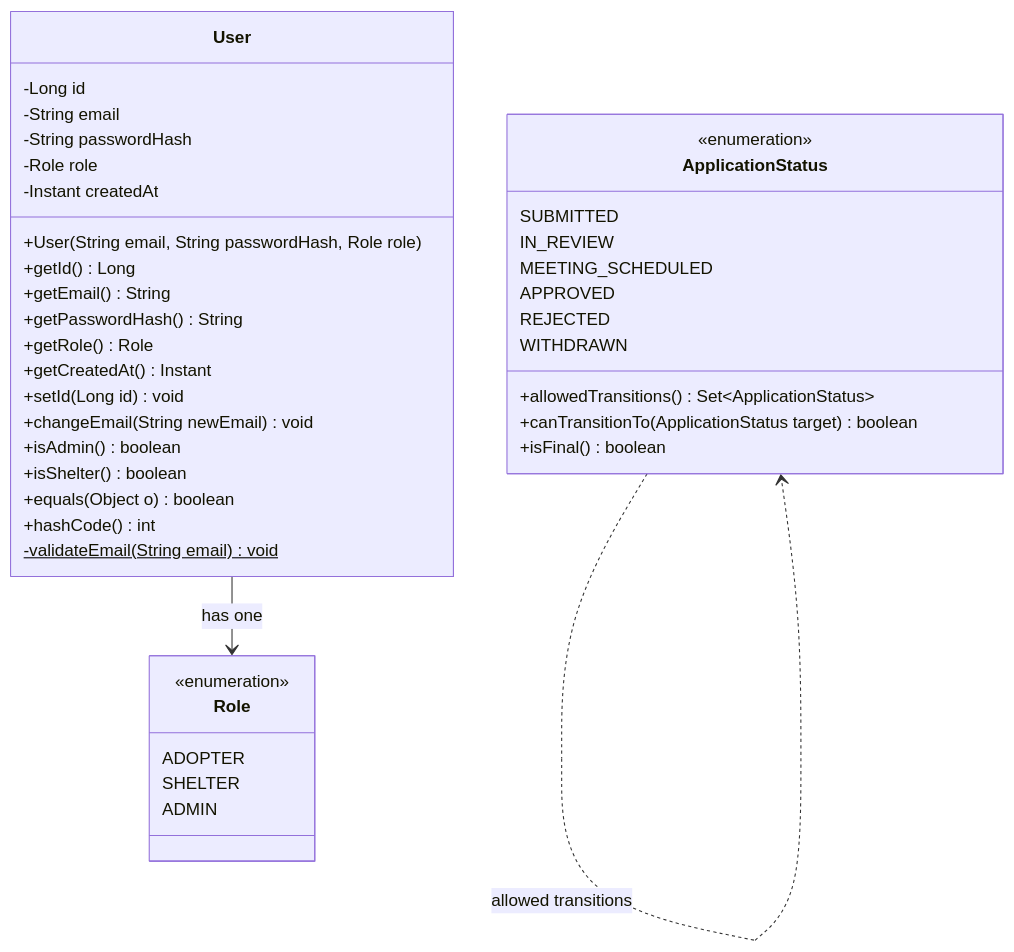
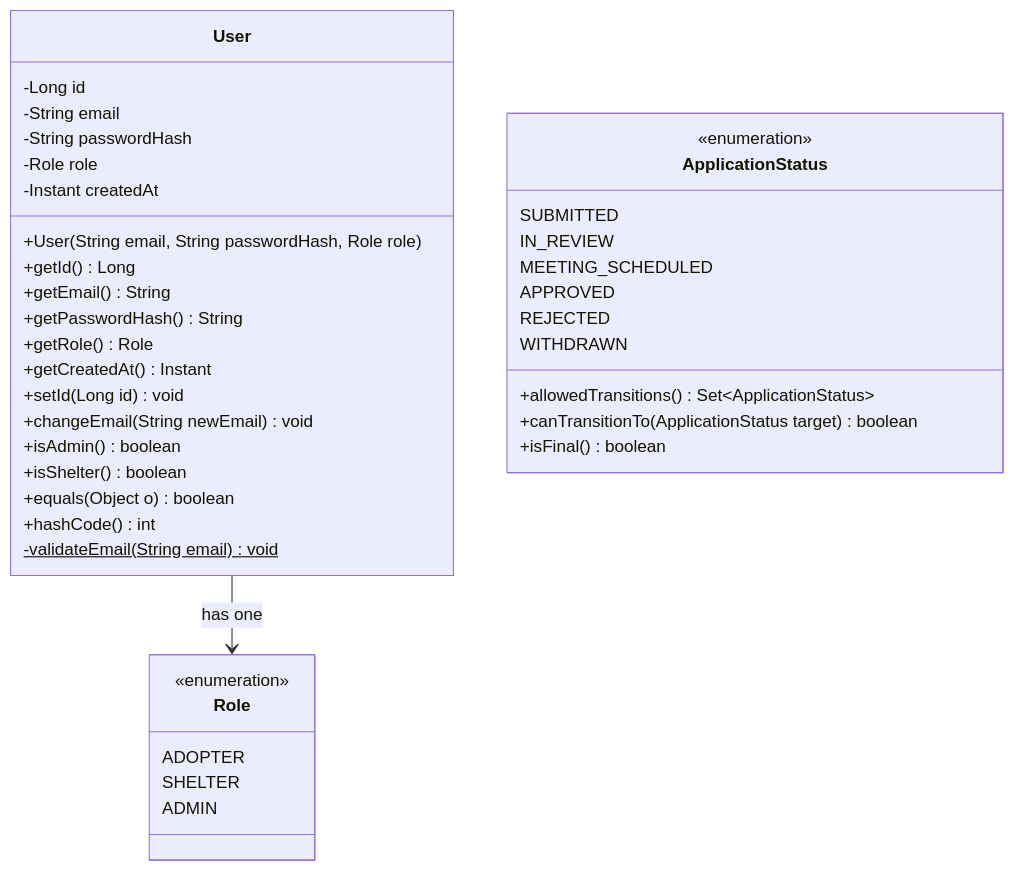
The first of 4 diagrams in docs/uml.md (Douda2209/adopt-a-pet), drawn with Mermaid before and after one commit. The commit also changed other lines of this file, not shown here.

Commit message:
update uml diagram

````diff
--- a/docs/uml.md
+++ b/docs/uml.md
@@ -15,46 +15,45 @@
 ```mermaid
 classDiagram
     class User {
         -Long id
         -String email
         -String passwordHash
         -Role role
         -Instant createdAt
         +User(String email, String passwordHash, Role role)
         +getId() Long
         +getEmail() String
         +getPasswordHash() String
         +getRole() Role
         +getCreatedAt() Instant
         +setId(Long id) void
         +changeEmail(String newEmail) void
         +isAdmin() boolean
         +isShelter() boolean
         +equals(Object o) boolean
         +hashCode() int
         -validateEmail(String email)$ void
     }
 
     class Role {
         <<enumeration>>
         ADOPTER
         SHELTER
         ADMIN
     }
 
     class ApplicationStatus {
         <<enumeration>>
         SUBMITTED
         IN_REVIEW
         MEETING_SCHEDULED
         APPROVED
         REJECTED
         WITHDRAWN
         +allowedTransitions() Set~ApplicationStatus~
         +canTransitionTo(ApplicationStatus target) boolean
         +isFinal() boolean
     }
 
     User --> Role : has one
-    ApplicationStatus ..> ApplicationStatus : allowed transitions
 ```
````
